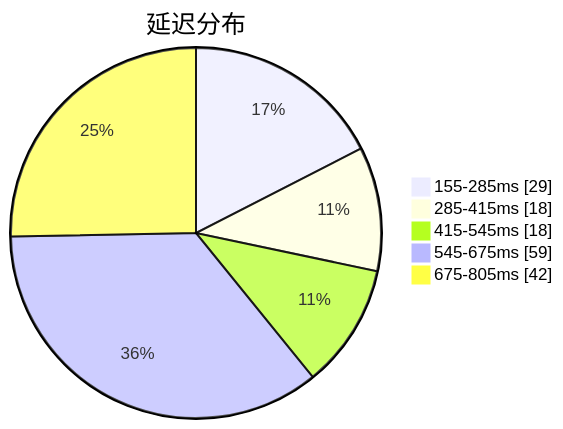
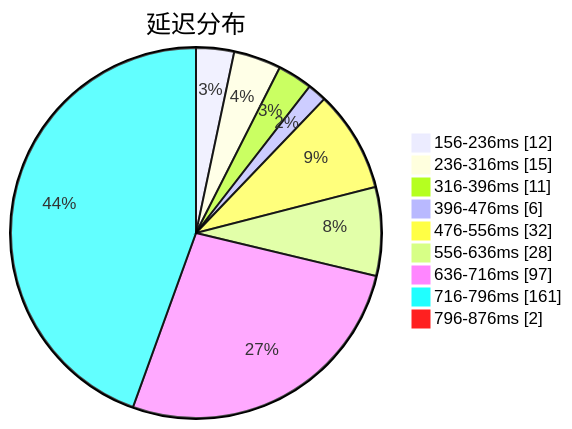
One commit to qjlxg/airport changed the first of 3 diagrams in subs/statistics/tested_within.md. Above: the diagram before and after it, drawn with Mermaid. The commit also changed other lines of this file and 2 other files, not shown here.

````diff
--- a/subs/statistics/tested_within.md
+++ b/subs/statistics/tested_within.md
@@ -2,9 +2,13 @@
 ```mermaid
 pie showData
 title 延迟分布
-"155-285ms" : 29
-"285-415ms" : 18
-"415-545ms" : 18
-"545-675ms" : 59
-"675-805ms" : 42
+"156-236ms" : 12
+"236-316ms" : 15
+"316-396ms" : 11
+"396-476ms" : 6
+"476-556ms" : 32
+"556-636ms" : 28
+"636-716ms" : 97
+"716-796ms" : 161
+"796-876ms" : 2
 ```
````
